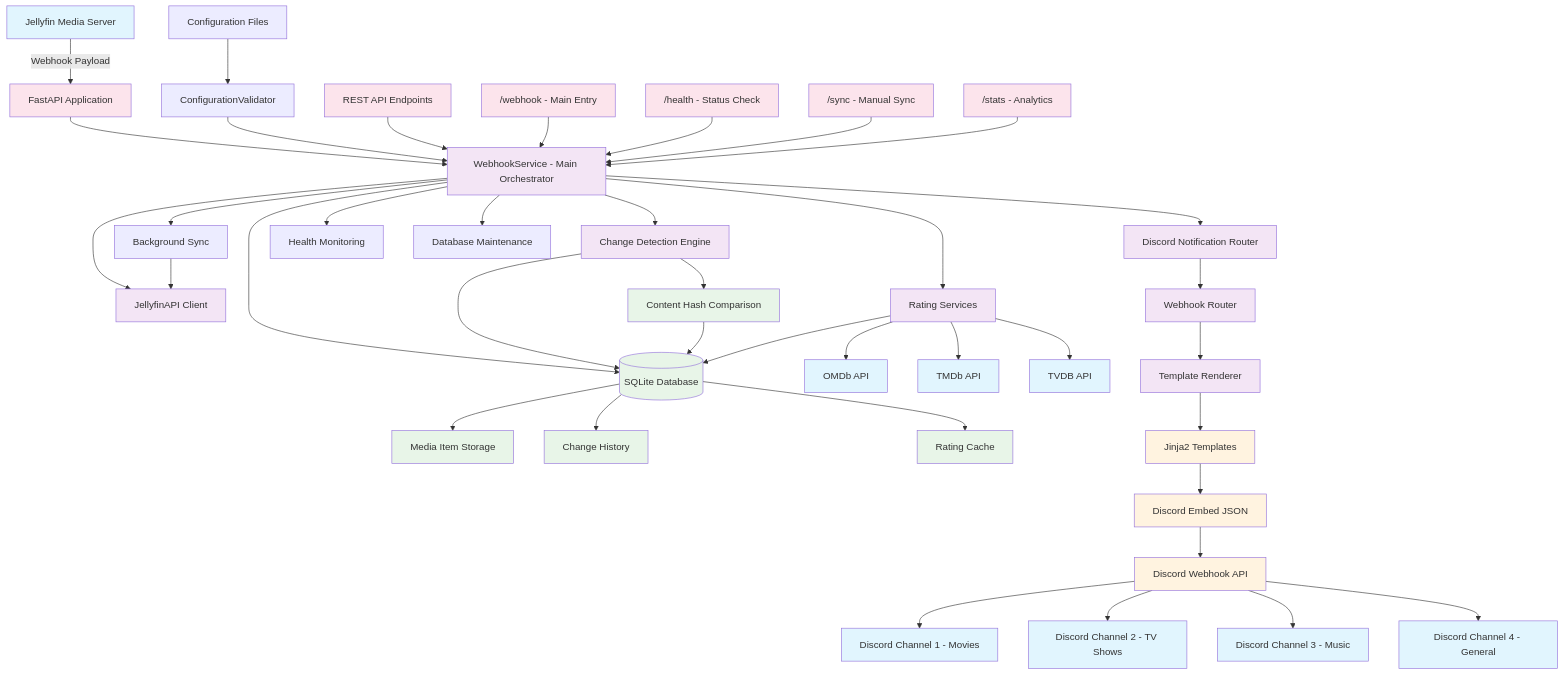
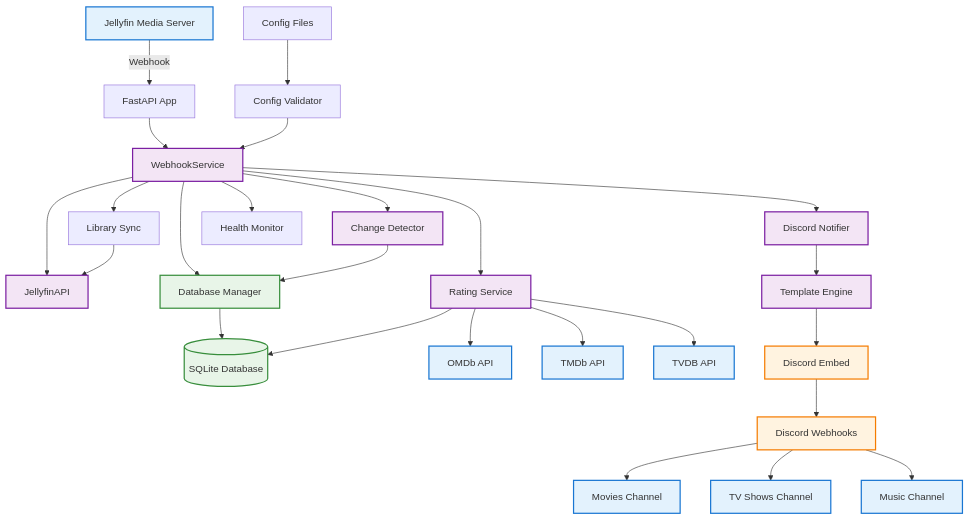
Before and after one commit to themaluxis/Jellynouncer: the diagram in Readme.md, drawn with Mermaid.

````diff
--- a/Readme.md
+++ b/Readme.md
@@ -319,72 +319,53 @@
 ```mermaid
 graph TD
-    %% External Systems
-    A[Jellyfin Media Server] -->|Webhook Payload| B[FastAPI Application]
+    %% Main Flow
+    A[Jellyfin Media Server] -->|Webhook| B[FastAPI App]
+    B --> C[WebhookService]
     
-    %% Main Service Layer
-    B --> C[WebhookService - Main Orchestrator]
+    %% Core Components
+    C --> D[JellyfinAPI]
+    C --> E[Change Detector]  
+    C --> F[Database Manager]
+    C --> G[Discord Notifier]
+    C --> H[Rating Service]
     
-    %% Core Processing Components
-    C --> D[JellyfinAPI Client]
-    C --> E[Change Detection Engine]
-    C --> F[Database Manager]
-    C --> G[Discord Notification Router]
-    C --> H[Rating Services]
+    %% Database Layer
+    E --> F
+    F --> DB[(SQLite Database)]
+    H --> DB
     
-    %% Database Operations
-    E --> F
-    E --> I[Content Hash Comparison]
-    I --> F[(SQLite Database)]
-    F --> J[Media Item Storage]
-    F --> K[Change History]
-    F --> L[Rating Cache]
+    %% External APIs
+    H --> API1[OMDb API]
+    H --> API2[TMDb API]
+    H --> API3[TVDB API]
     
-    %% External API Integration
-    H --> M[OMDb API]
-    H --> N[TMDb API] 
-    H --> O[TVDB API]
-    H --> F
+    %% Discord Flow
+    G --> TMPL[Template Engine]
+    TMPL --> JSON[Discord Embed]
+    JSON --> DISCORD[Discord Webhooks]
     
-    %% Discord Integration
-    G --> P[Webhook Router]
-    P --> Q[Template Renderer]
-    Q --> R[Jinja2 Templates]
-    R --> S[Discord Embed JSON]
+    %% Output Channels
+    DISCORD --> CH1[Movies Channel]
+    DISCORD --> CH2[TV Shows Channel] 
+    DISCORD --> CH3[Music Channel]
     
-    %% Multiple Discord Webhooks
-    S --> T[Discord Webhook API]
-    T --> U[Discord Channel 1 - Movies]
-    T --> V[Discord Channel 2 - TV Shows]
-    T --> W[Discord Channel 3 - Music]
-    T --> X[Discord Channel 4 - General]
+    %% Configuration
+    CONFIG[Config Files] --> VALID[Config Validator]
+    VALID --> C
     
-    %% Configuration Management
-    Y[Configuration Files] --> Z[ConfigurationValidator]
-    Z --> C
-    
-    %% Background Services
-    C --> AA[Background Sync]
-    C --> BB[Health Monitoring]
-    C --> CC[Database Maintenance]
-    AA --> D
-    
-    %% API Endpoints
-    DD[REST API Endpoints] --> C
-    EE["/webhook - Main Entry"] --> C
-    FF["/health - Status Check"] --> C
-    GG["/sync - Manual Sync"] --> C
-    HH["/stats - Analytics"] --> C
+    %% Background Tasks
+    C --> SYNC[Library Sync]
+    C --> HEALTH[Health Monitor]
+    SYNC --> D
     
     %% Styling
-    classDef external fill:#e1f5fe
-    classDef core fill:#f3e5f5  
-    classDef database fill:#e8f5e8
-    classDef discord fill:#fff3e0
-    classDef api fill:#fce4ec
+    classDef external fill:#e3f2fd,stroke:#1976d2,stroke-width:2px
+    classDef core fill:#f3e5f5,stroke:#7b1fa2,stroke-width:2px
+    classDef database fill:#e8f5e8,stroke:#388e3c,stroke-width:2px
+    classDef discord fill:#fff3e0,stroke:#f57c00,stroke-width:2px
     
-    class A,M,N,O,U,V,W,X external
-    class C,D,E,G,H,P,Q core
-    class F,I,J,K,L database
-    class R,S,T discord
-    class B,DD,EE,FF,GG,HH api
+    class A,API1,API2,API3,CH1,CH2,CH3 external
+    class C,D,E,G,H,TMPL core
+    class F,DB database
+    class JSON,DISCORD discord
 ```
````
